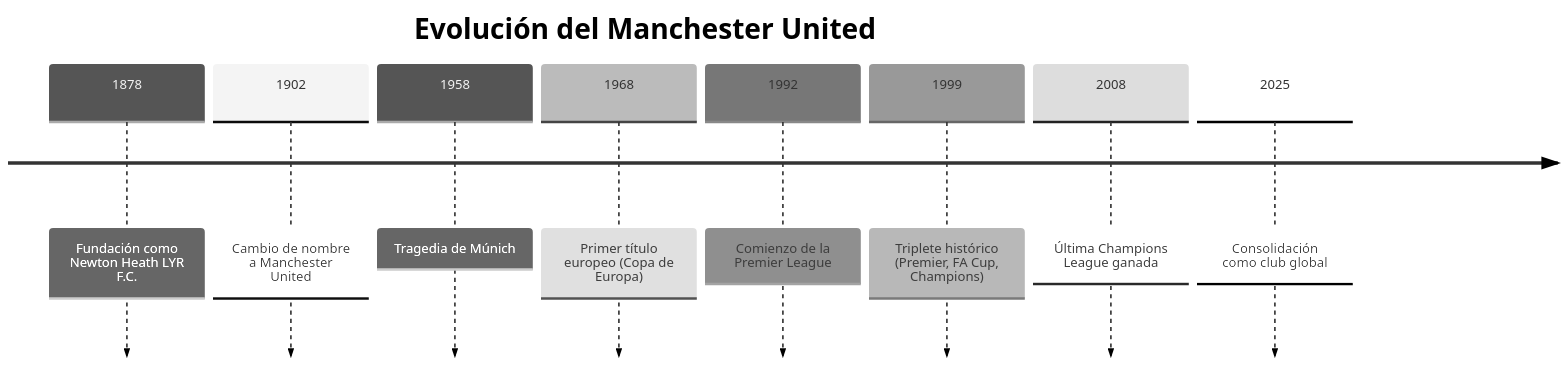
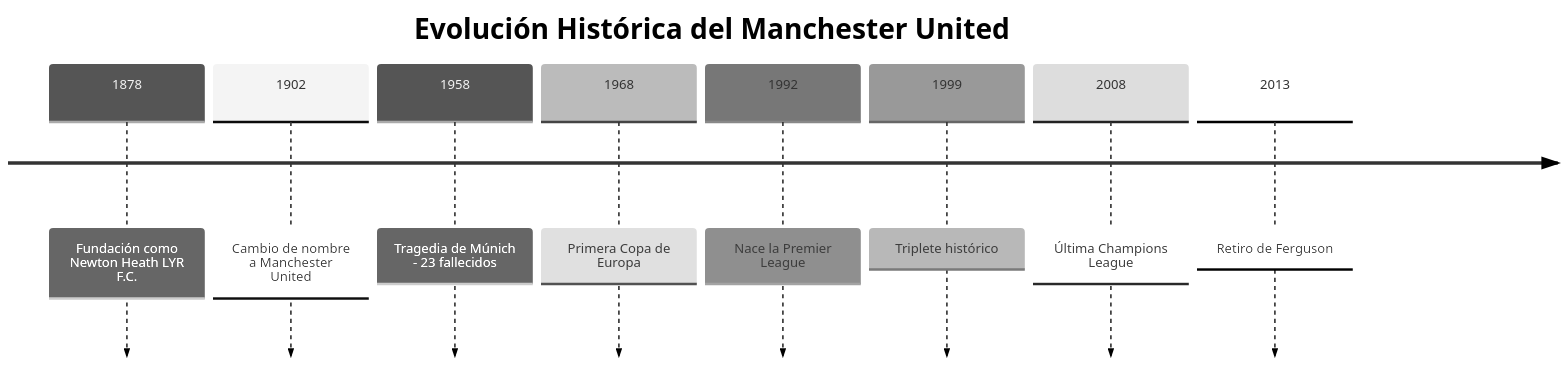
Before and after one commit to miguelancabezon/25-26-igps: the first of 2 diagrams in entregas/diego.gonzales/AEC-MD/index.md, drawn with Mermaid (neutral theme). The commit also changed other lines of this file and 1 other file, not shown here.

````diff
--- a/entregas/diego.gonzales/AEC-MD/index.md
+++ b/entregas/diego.gonzales/AEC-MD/index.md
@@ -31,13 +31,12 @@
 ```mermaid
 timeline
-    title Evolución del Manchester United
+    title Evolución Histórica del Manchester United
     1878 : Fundación como Newton Heath LYR F.C.
     1902 : Cambio de nombre a Manchester United
-    1958 : Tragedia de Múnich
-    1968 : Primer título europeo (Copa de Europa)
-    1992 : Comienzo de la Premier League
-    1999 : Triplete histórico (Premier, FA Cup, Champions)
-    2008 : Última Champions League ganada
-    2025 : Consolidación como club global
-
+    1958 : Tragedia de Múnich - 23 fallecidos
+    1968 : Primera Copa de Europa
+    1992 : Nace la Premier League
+    1999 : Triplete histórico
+    2008 : Última Champions League
+    2013 : Retiro de Ferguson
 ```
````
